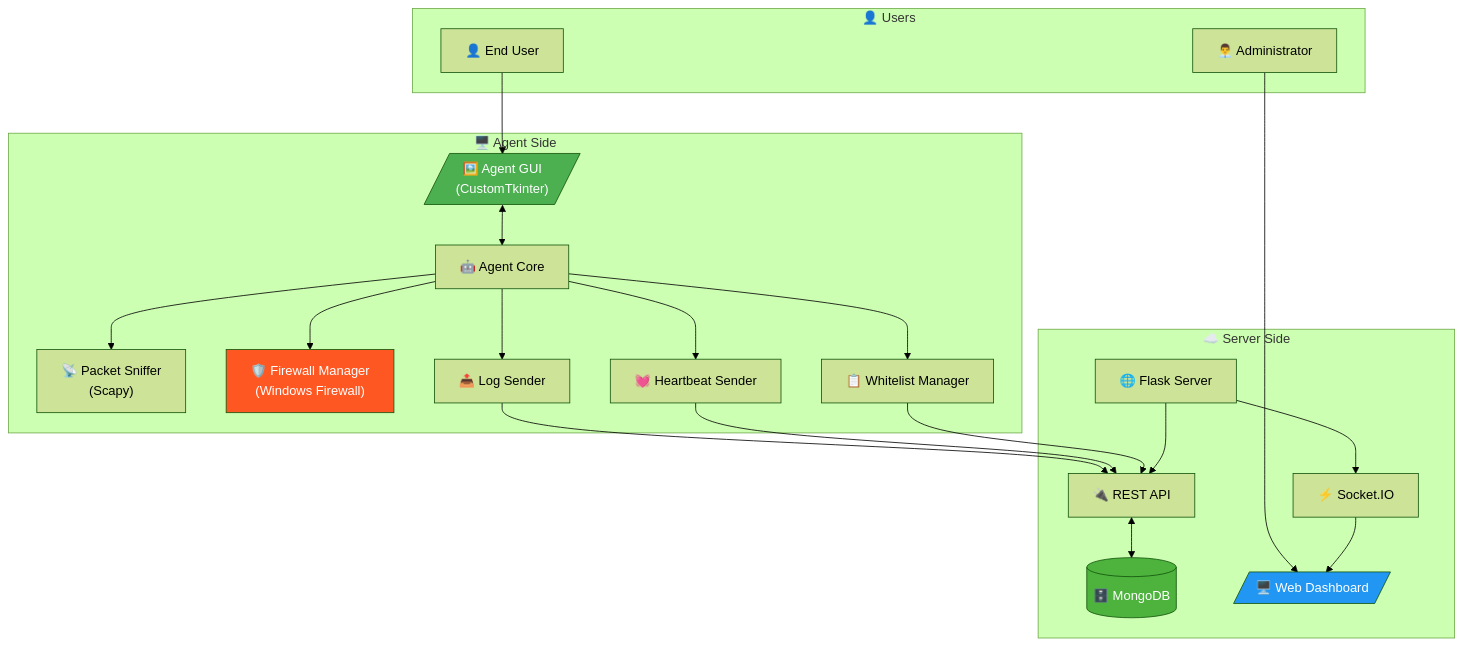
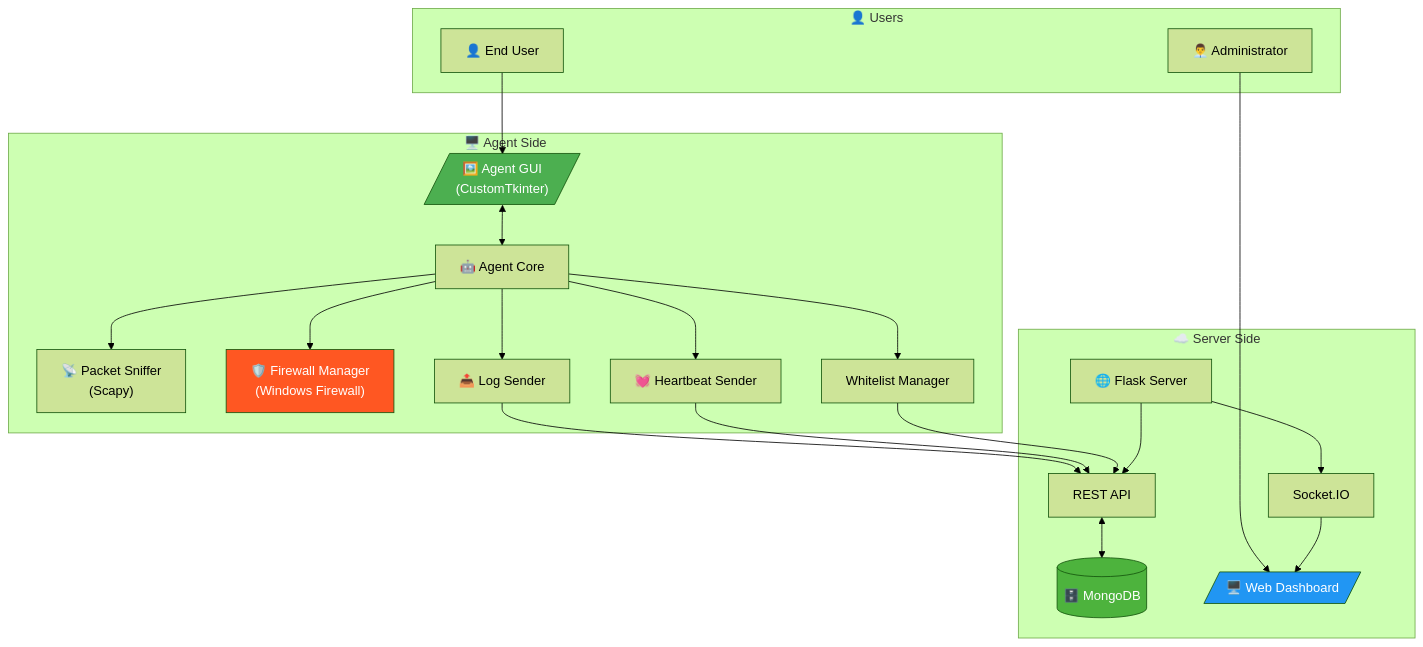
Before and after one commit to Son0ngu/Centralized_Network_Access_Control_System_for_Computer_Labs: the first of 13 diagrams in docs/diagrams/FLOW_DIAGRAMS.md, drawn with Mermaid (forest theme). The commit also changed other lines of this file and 65 other files, not shown here.

````diff
--- a/docs/diagrams/FLOW_DIAGRAMS.md
+++ b/docs/diagrams/FLOW_DIAGRAMS.md
@@ -30,49 +30,49 @@
 ```mermaid
 flowchart TB
     subgraph "🖥️ Agent Side"
         GUI[/"🖼️ Agent GUI<br/>(CustomTkinter)"/]
         AGENT["🤖 Agent Core"]
         SNIFFER["📡 Packet Sniffer<br/>(Scapy)"]
         FIREWALL["🛡️ Firewall Manager<br/>(Windows Firewall)"]
-        WHITELIST["📋 Whitelist Manager"]
+        WHITELIST["Whitelist Manager"]
         LOGSENDER["📤 Log Sender"]
         HEARTBEAT["💓 Heartbeat Sender"]
     end
 
     subgraph "☁️ Server Side"
         FLASK["🌐 Flask Server"]
-        API["🔌 REST API"]
+        API["REST API"]
         MONGODB[("🗄️ MongoDB")]
-        SOCKETIO["⚡ Socket.IO"]
+        SOCKETIO["Socket.IO"]
         WEBUI[/"🖥️ Web Dashboard"/]
     end
 
     subgraph "👤 Users"
         ADMIN["👨‍💼 Administrator"]
         ENDUSER["👤 End User"]
     end
 
     ADMIN --> WEBUI
     ENDUSER --> GUI
     
     GUI <--> AGENT
     AGENT --> SNIFFER
     AGENT --> FIREWALL
     AGENT --> WHITELIST
     AGENT --> LOGSENDER
     AGENT --> HEARTBEAT
     
     LOGSENDER --> API
     HEARTBEAT --> API
     WHITELIST --> API
     
     FLASK --> API
     FLASK --> SOCKETIO
     API <--> MONGODB
     SOCKETIO --> WEBUI
     
     style GUI fill:#4CAF50,color:#fff
     style WEBUI fill:#2196F3,color:#fff
     style MONGODB fill:#4DB33D,color:#fff
     style FIREWALL fill:#FF5722,color:#fff
 ```
````
